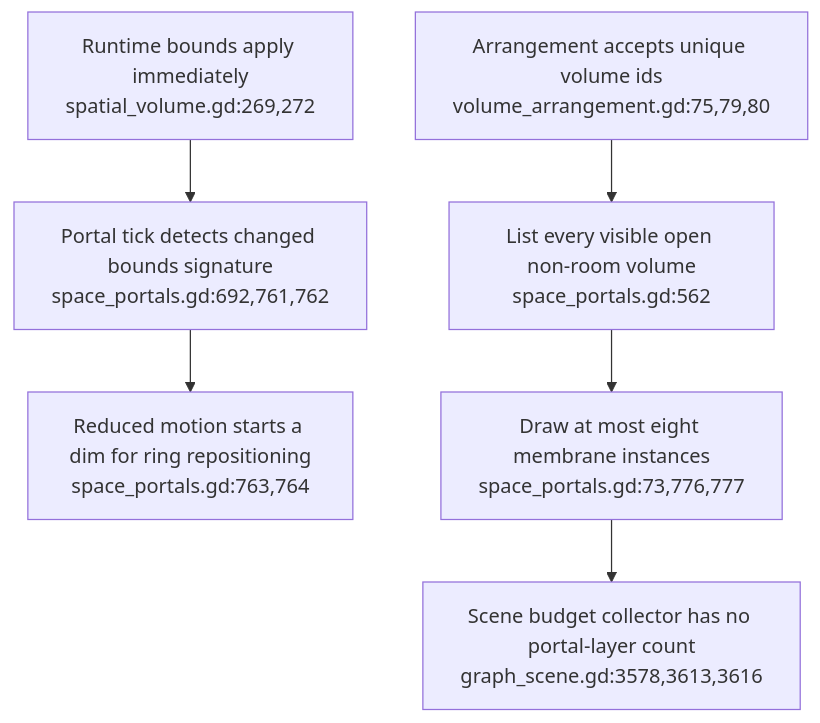
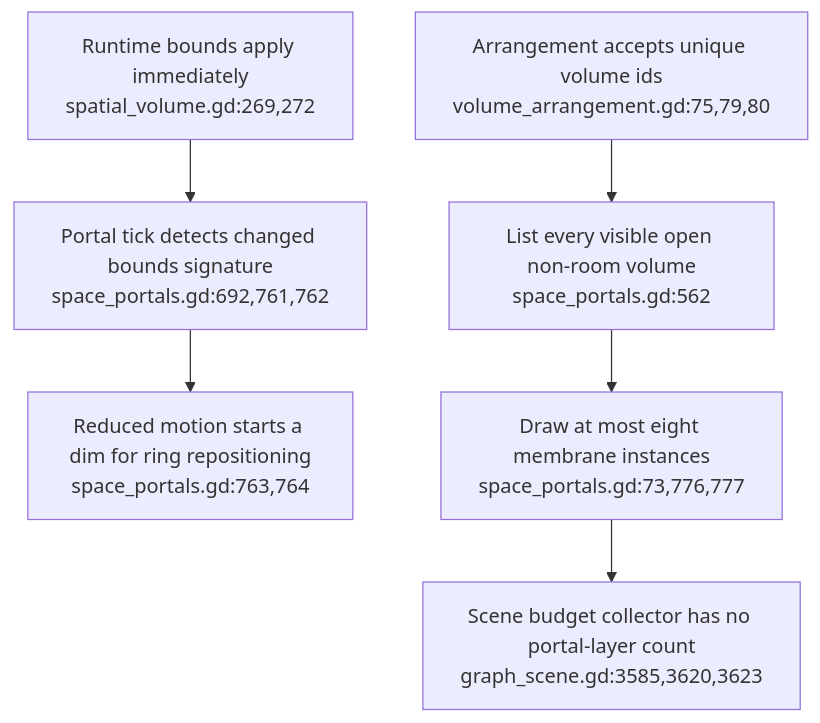
One commit to DreamLab-AI/VisionFlow changed the third of 3 diagrams in docs/diagrams/visionclaw/47-portal-entry-and-scaled-walkthrough.md. Above: the diagram before and after it, drawn with Mermaid. The commit also changed other lines of this file and 24 other files, not shown here.

Commit message:
docs: align XR liveness, filtering and rendering diagrams (#33)

````diff
--- a/docs/diagrams/visionclaw/47-portal-entry-and-scaled-walkthrough.md
+++ b/docs/diagrams/visionclaw/47-portal-entry-and-scaled-walkthrough.md
@@ -57,8 +57,8 @@
 ```mermaid
 flowchart TD
     API["Runtime bounds apply immediately<br/>spatial_volume.gd:269,272"] --> SIG["Portal tick detects changed bounds signature<br/>space_portals.gd:692,761,762"]
     SIG --> DIM["Reduced motion starts a dim for ring repositioning<br/>space_portals.gd:763,764"]
     ADD["Arrangement accepts unique volume ids<br/>volume_arrangement.gd:75,79,80"] --> IDS["List every visible open non-room volume<br/>space_portals.gd:562"]
     IDS --> MM["Draw at most eight membrane instances<br/>space_portals.gd:73,776,777"]
-    MM --> GAP["Scene budget collector has no portal-layer count<br/>graph_scene.gd:3578,3613,3616"]
+    MM --> GAP["Scene budget collector has no portal-layer count<br/>graph_scene.gd:3585,3620,3623"]
 ```
````
